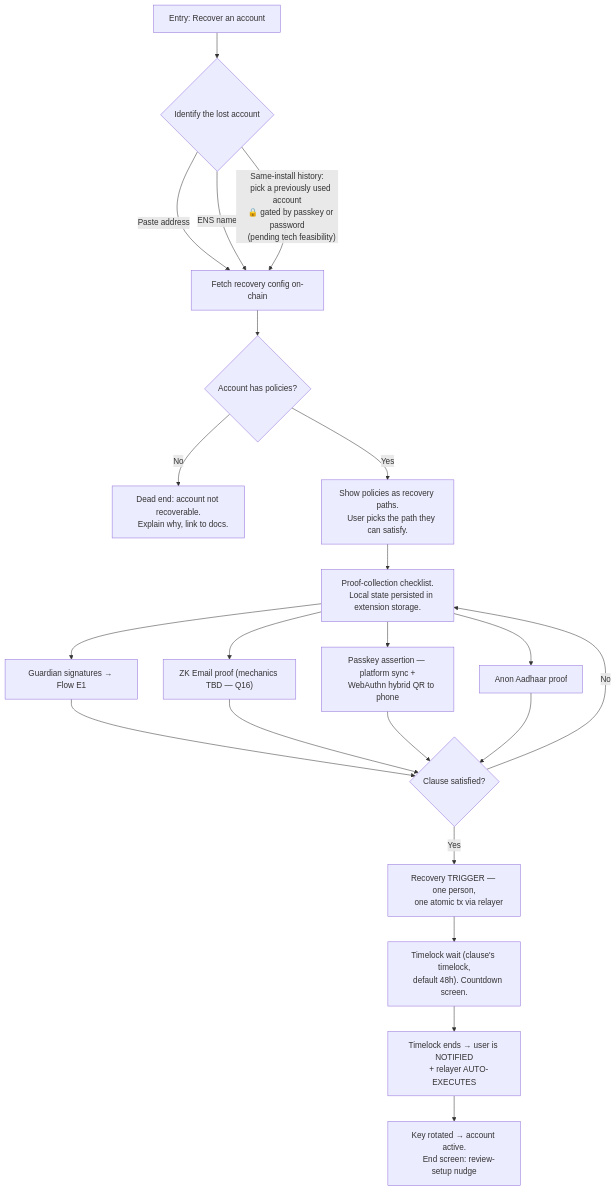
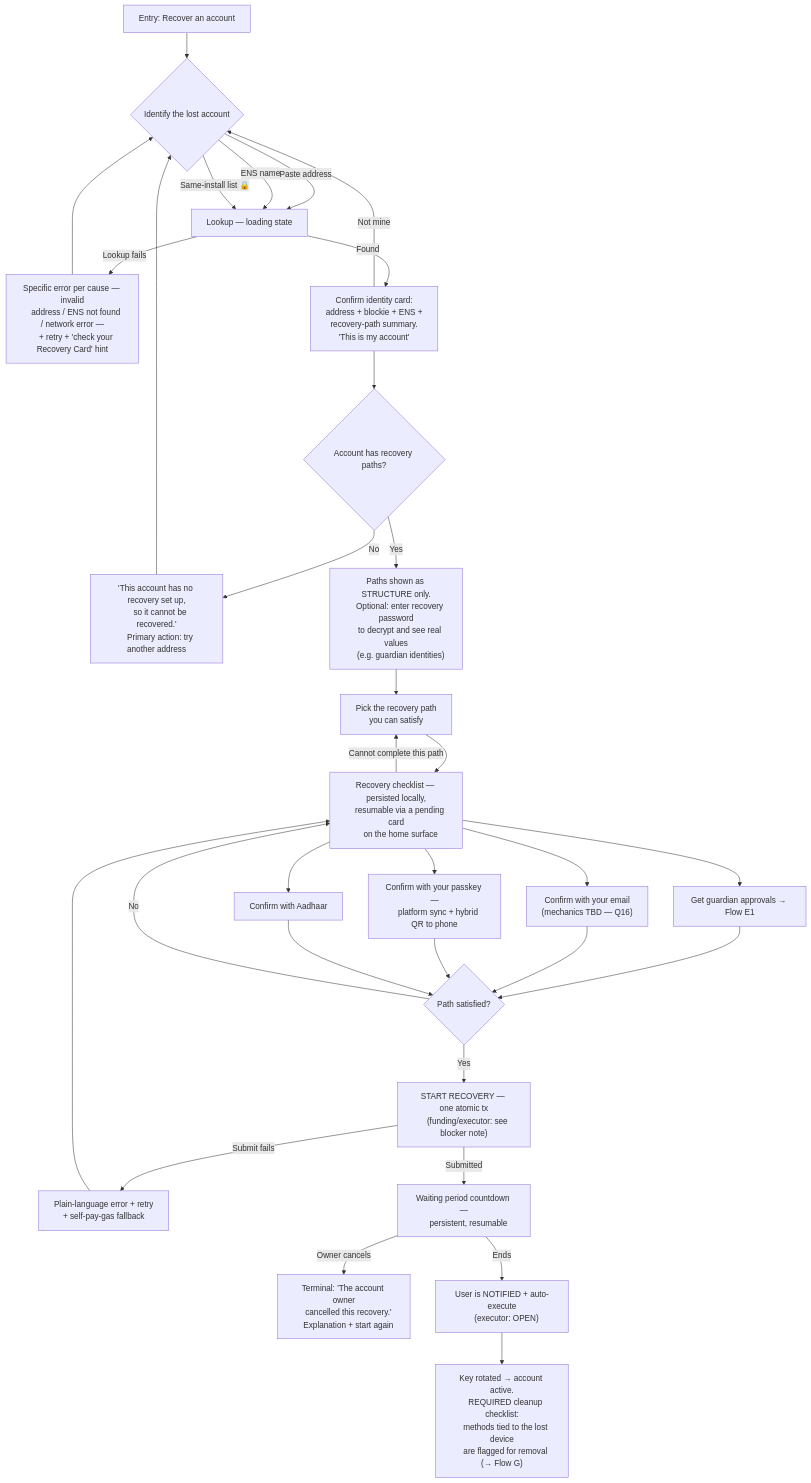
The fifth of 10 diagrams in social-recovery-ux-flows.md (FiboAtWonder/kohaku-extension), drawn with Mermaid before and after one commit. The commit also changed other lines of this file, not shown here.

Commit message:
docs: apply approved 6-perspective review fixes to social recovery UX flows

````diff
--- a/social-recovery-ux-flows.md
+++ b/social-recovery-ux-flows.md
@@ -184,35 +240,58 @@
 ```mermaid
 flowchart TD
-    A[Entry: Recover an account] --> B{Identify the lost account}
-    B -->|Paste address| C[Fetch recovery config on-chain]
+    A[Entry: Recover an account] --> B{"Identify the lost account"}
+    B -->|Paste address| C["Lookup — loading state"]
     B -->|ENS name| C
-    B -->|"Same-install history:
-    pick a previously used account
-    🔒 gated by passkey or password
-    (pending tech feasibility)"| C
-    C --> E{Account has policies?}
-    E -- No --> X["Dead end: account not recoverable.
-    Explain why, link to docs."]
-    E -- Yes --> F["Show policies as recovery paths.
-    User picks the path they can satisfy."]
-    F --> G["Proof-collection checklist.
-    Local state persisted in extension storage."]
-    G --> G1[Guardian signatures → Flow E1]
-    G --> G2["ZK Email proof (mechanics TBD — Q16)"]
-    G --> G3["Passkey assertion — platform sync +
-    WebAuthn hybrid QR to phone"]
-    G --> G4[Anon Aadhaar proof]
-    G1 --> H{Clause satisfied?}
+    B -->|Same-install list 🔒| C
+    C -->|Lookup fails| C1["Specific error per cause — invalid
+    address / ENS not found / network error —
+    + retry + 'check your Recovery Card' hint"]
+    C1 --> B
+    C -->|Found| CC["Confirm identity card:
+    address + blockie + ENS +
+    recovery-path summary.
+    'This is my account'"]
+    CC -->|Not mine| B
+    CC --> E{"Account has recovery paths?"}
+    E -- No --> X["'This account has no recovery set up,
+    so it cannot be recovered.'
+    Primary action: try another address"]
+    X --> B
+    E -- Yes --> V["Paths shown as STRUCTURE only.
+    Optional: enter recovery password
+    to decrypt and see real values
+    (e.g. guardian identities)"]
+    V --> F["Pick the recovery path
+    you can satisfy"]
+    F --> G["Recovery checklist — persisted locally,
+    resumable via a pending card
+    on the home surface"]
+    G --> G1[Get guardian approvals → Flow E1]
+    G --> G2["Confirm with your email
+    (mechanics TBD — Q16)"]
+    G --> G3["Confirm with your passkey —
+    platform sync + hybrid QR to phone"]
+    G --> G4[Confirm with Aadhaar]
+    G -->|Cannot complete this path| F
+    G1 --> H{"Path satisfied?"}
     G2 --> H
     G3 --> H
     G4 --> H
     H -- No --> G
-    H -- Yes --> I["Recovery TRIGGER — one person,
-    one atomic tx via relayer"]
-    I --> J["Timelock wait (clause's timelock,
-    default 48h). Countdown screen."]
-    J --> K["Timelock ends → user is NOTIFIED
-    + relayer AUTO-EXECUTES"]
+    H -- Yes --> I["START RECOVERY — one atomic tx
+    (funding/executor: see blocker note)"]
+    I -->|Submit fails| I2["Plain-language error + retry
+    + self-pay-gas fallback"]
+    I2 --> G
+    I -->|Submitted| J["Waiting period countdown —
+    persistent, resumable"]
+    J -->|Owner cancels| XC["Terminal: 'The account owner
+    cancelled this recovery.'
+    Explanation + start again"]
+    J -->|Ends| K["User is NOTIFIED + auto-execute
+    (executor: OPEN)"]
     K --> L["Key rotated → account active.
-    End screen: review-setup nudge"]
+    REQUIRED cleanup checklist:
+    methods tied to the lost device
+    are flagged for removal (→ Flow G)"]
 ```
````
